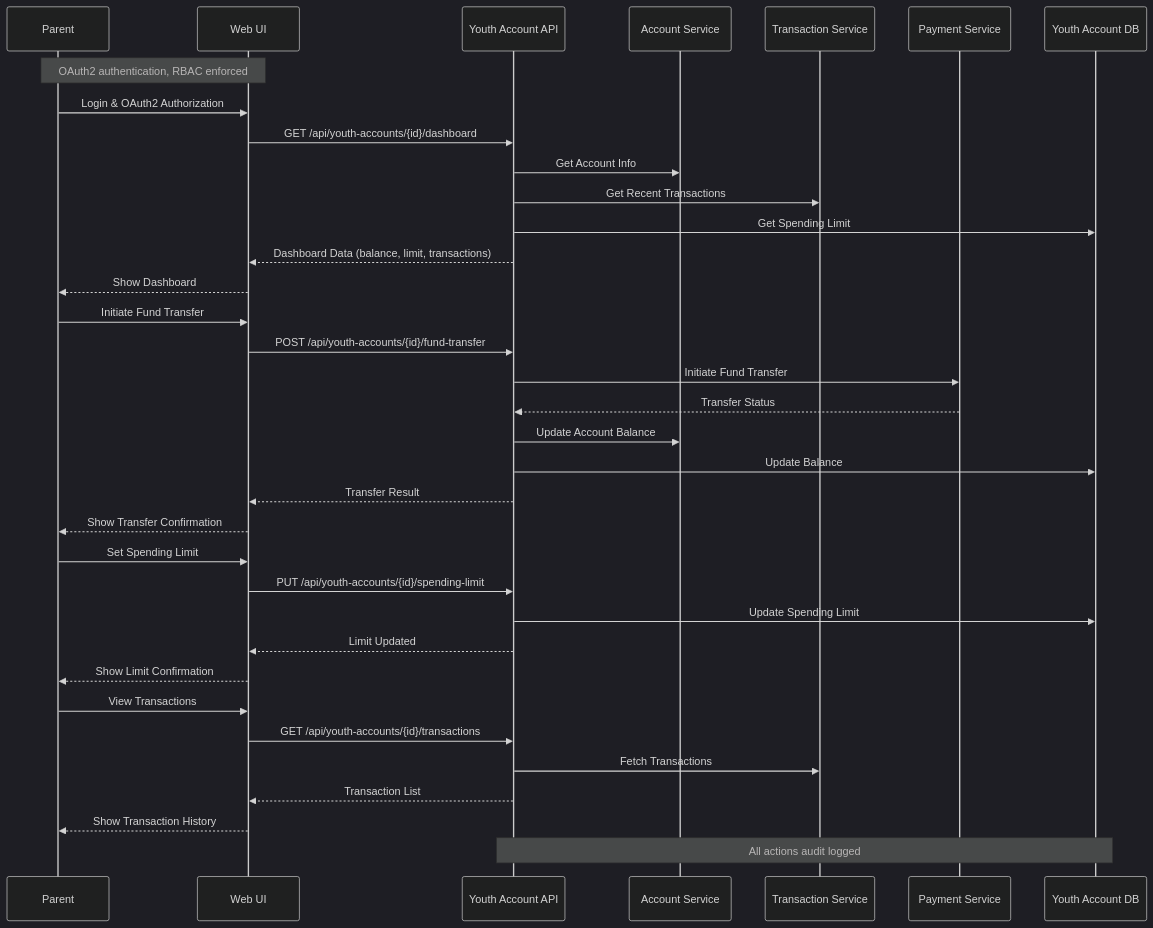
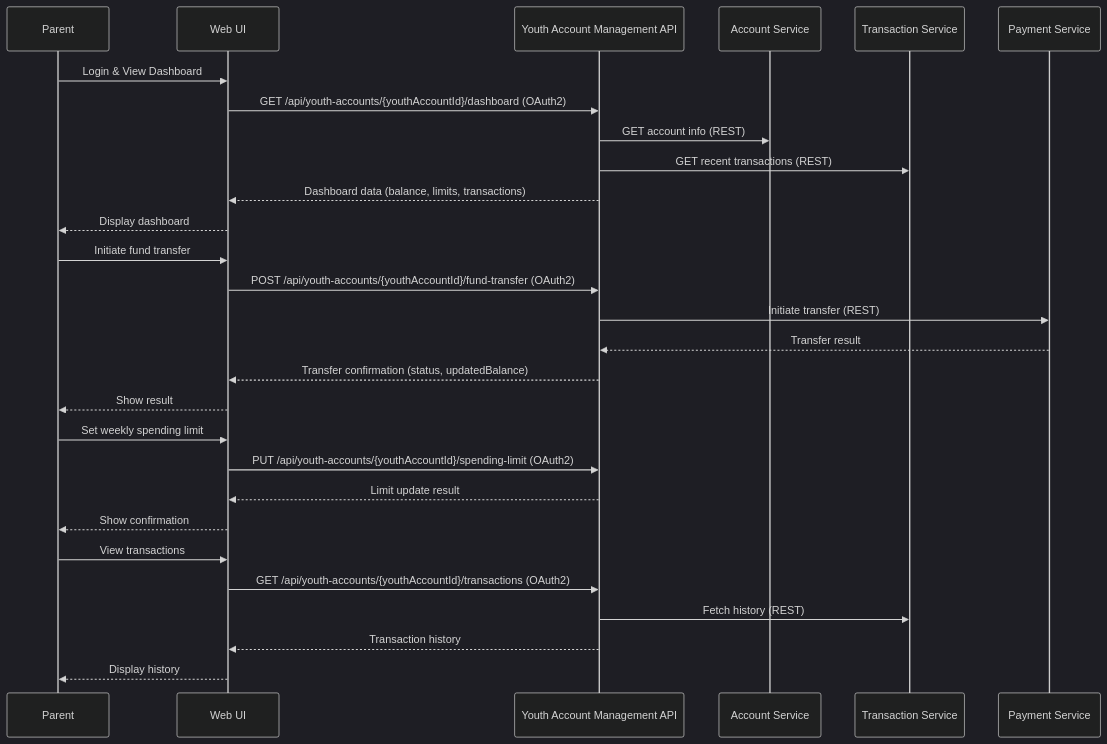
The diagram in Components and Sequence Diagrams/sequence_diagram.mmd (Ascend-Krithi/SCIB-Inception), drawn with Mermaid (dark theme) before and after one commit. The commit also changed 1 other file, not shown here.

```diff
--- a/Components and Sequence Diagrams/sequence_diagram.mmd
+++ b/Components and Sequence Diagrams/sequence_diagram.mmd
@@ -1,36 +1,37 @@
-%% Sequence Diagram: Youth Account Management API
+%% Sequence Diagram for Youth Account Management API (Mermaid)
 sequenceDiagram
-    participant Parent
-    participant UI as Web UI
-    participant API as Youth Account API
-    participant AccountSvc as Account Service
-    participant TxSvc as Transaction Service
-    participant PaymentSvc as Payment Service
-    participant DB as Youth Account DB
-    Note over Parent,UI: OAuth2 authentication, RBAC enforced
-    Parent->>UI: Login & OAuth2 Authorization
-    UI->>API: GET /api/youth-accounts/{id}/dashboard
-    API->>AccountSvc: Get Account Info
-    API->>TxSvc: Get Recent Transactions
-    API->>DB: Get Spending Limit
-    API-->>UI: Dashboard Data (balance, limit, transactions)
-    UI-->>Parent: Show Dashboard
-    Parent->>UI: Initiate Fund Transfer
-    UI->>API: POST /api/youth-accounts/{id}/fund-transfer
-    API->>PaymentSvc: Initiate Fund Transfer
-    PaymentSvc-->>API: Transfer Status
-    API->>AccountSvc: Update Account Balance
-    API->>DB: Update Balance
-    API-->>UI: Transfer Result
-    UI-->>Parent: Show Transfer Confirmation
-    Parent->>UI: Set Spending Limit
-    UI->>API: PUT /api/youth-accounts/{id}/spending-limit
-    API->>DB: Update Spending Limit
-    API-->>UI: Limit Updated
-    UI-->>Parent: Show Limit Confirmation
-    Parent->>UI: View Transactions
-    UI->>API: GET /api/youth-accounts/{id}/transactions
-    API->>TxSvc: Fetch Transactions
-    API-->>UI: Transaction List
-    UI-->>Parent: Show Transaction History
-    Note over API,DB: All actions audit logged
+  participant Parent
+  participant UI as Web UI
+  participant API as Youth Account Management API
+  participant Account as Account Service
+  participant Transaction as Transaction Service
+  participant Payment as Payment Service
+
+  %% Dashboard retrieval
+  Parent->>UI: Login & View Dashboard
+  UI->>API: GET /api/youth-accounts/{youthAccountId}/dashboard (OAuth2)
+  API->>Account: GET account info (REST)
+  API->>Transaction: GET recent transactions (REST)
+  API-->>UI: Dashboard data (balance, limits, transactions)
+  UI-->>Parent: Display dashboard
+
+  %% Fund transfer
+  Parent->>UI: Initiate fund transfer
+  UI->>API: POST /api/youth-accounts/{youthAccountId}/fund-transfer (OAuth2)
+  API->>Payment: Initiate transfer (REST)
+  Payment-->>API: Transfer result
+  API-->>UI: Transfer confirmation (status, updatedBalance)
+  UI-->>Parent: Show result
+
+  %% Set spending limit
+  Parent->>UI: Set weekly spending limit
+  UI->>API: PUT /api/youth-accounts/{youthAccountId}/spending-limit (OAuth2)
+  API-->>UI: Limit update result
+  UI-->>Parent: Show confirmation
+
+  %% Transaction history
+  Parent->>UI: View transactions
+  UI->>API: GET /api/youth-accounts/{youthAccountId}/transactions (OAuth2)
+  API->>Transaction: Fetch history (REST)
+  API-->>UI: Transaction history
+  UI-->>Parent: Display history
```
